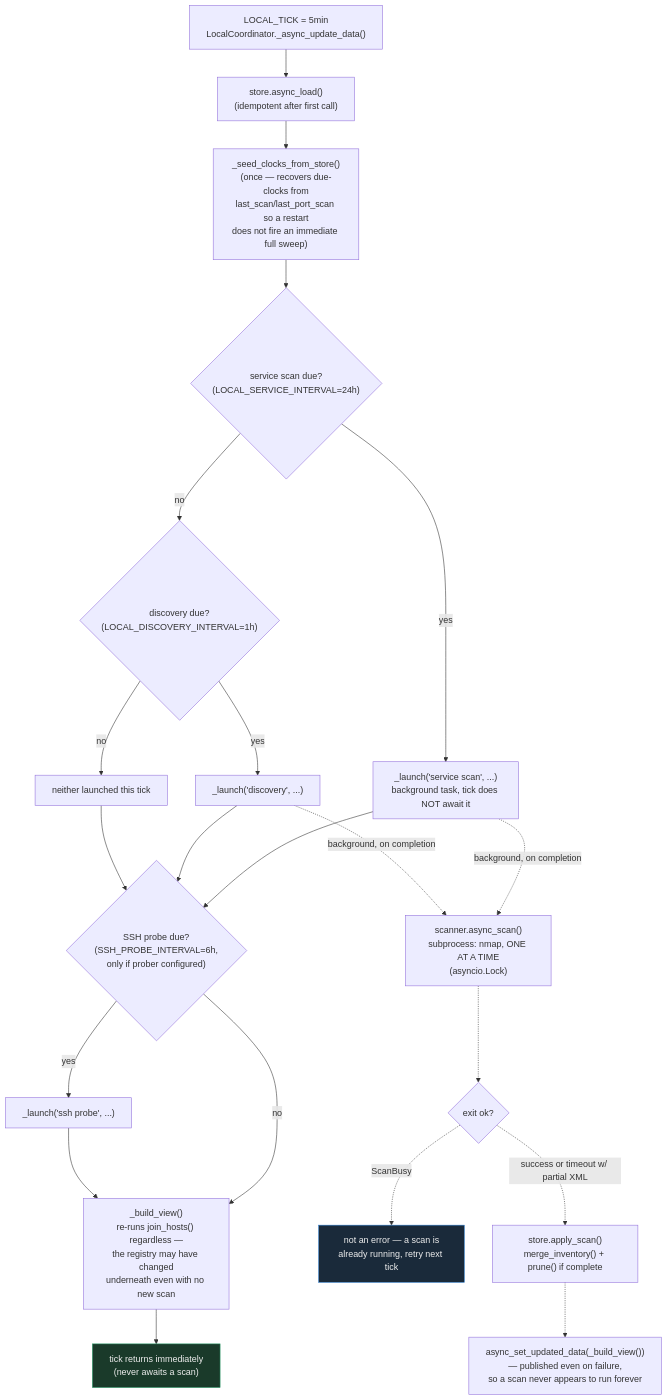
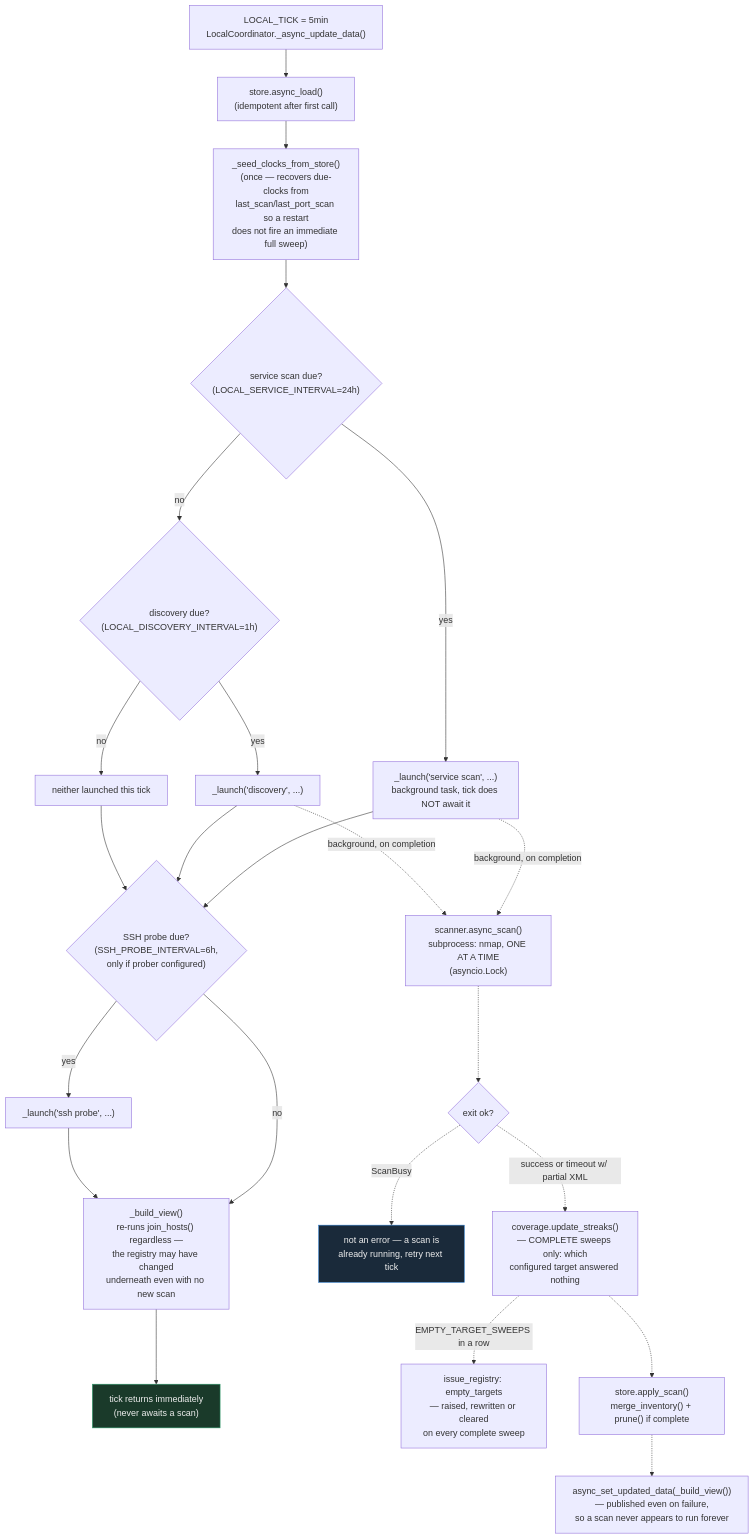
The fifth of 6 diagrams in docs/cyber_estate_process_flow.md (jrackerby/ha-cyber-monitor), drawn with Mermaid before and after one commit. The commit also changed 11 other files, not shown here.

````diff
--- a/docs/cyber_estate_process_flow.md
+++ b/docs/cyber_estate_process_flow.md
@@ -141,29 +141,31 @@
 ```mermaid
 flowchart TD
     TICK["LOCAL_TICK = 5min\nLocalCoordinator._async_update_data()"] --> LOAD["store.async_load()\n(idempotent after first call)"]
     LOAD --> SEED["_seed_clocks_from_store()\n(once — recovers due-clocks from\nlast_scan/last_port_scan so a restart\ndoes not fire an immediate full sweep)"]
     SEED --> DUE1{"service scan due?\n(LOCAL_SERVICE_INTERVAL=24h)"}
     DUE1 -->|yes| LAUNCHSVC["_launch('service scan', ...)\nbackground task, tick does NOT await it"]
     DUE1 -->|no| DUE2{"discovery due?\n(LOCAL_DISCOVERY_INTERVAL=1h)"}
     DUE2 -->|yes| LAUNCHDISC["_launch('discovery', ...)"]
     DUE2 -->|no| SKIP["neither launched this tick"]
 
     LAUNCHSVC --> DUE3
     LAUNCHDISC --> DUE3
     SKIP --> DUE3{"SSH probe due?\n(SSH_PROBE_INTERVAL=6h,\nonly if prober configured)"}
     DUE3 -->|yes| LAUNCHSSH["_launch('ssh probe', ...)"]
     DUE3 -->|no| BUILDVIEW
 
     LAUNCHSSH --> BUILDVIEW["_build_view()\nre-runs join_hosts() regardless —\nthe registry may have changed\nunderneath even with no new scan"]
     BUILDVIEW --> RETURN["tick returns immediately\n(never awaits a scan)"]
 
     LAUNCHSVC -.->|"background, on completion"| SCANRUN["scanner.async_scan()\nsubprocess: nmap, ONE AT A TIME\n(asyncio.Lock)"]
     LAUNCHDISC -.->|"background, on completion"| SCANRUN
     SCANRUN -.-> SCANRESULT{"exit ok?"}
     SCANRESULT -.->|"ScanBusy"| IGNORE["not an error — a scan is\nalready running, retry next tick"]
-    SCANRESULT -.->|"success or timeout w/ partial XML"| APPLYSCAN["store.apply_scan()\nmerge_inventory() + prune() if complete"]
+    SCANRESULT -.->|"success or timeout w/ partial XML"| COVER["coverage.update_streaks()\n— COMPLETE sweeps only: which\nconfigured target answered nothing"]
+    COVER -.->|"EMPTY_TARGET_SWEEPS in a row"| REPAIR["issue_registry: empty_targets\n— raised, rewritten or cleared\non every complete sweep"]
+    COVER -.-> APPLYSCAN["store.apply_scan()\nmerge_inventory() + prune() if complete"]
     APPLYSCAN -.-> PUBLISH["async_set_updated_data(_build_view())\n— published even on failure,\nso a scan never appears to run forever"]
 
     style RETURN fill:#1a3a2a,stroke:#2b9c6b,color:#eee
     style IGNORE fill:#1a2a3a,stroke:#2b7ac9,color:#eee
 ```
````
